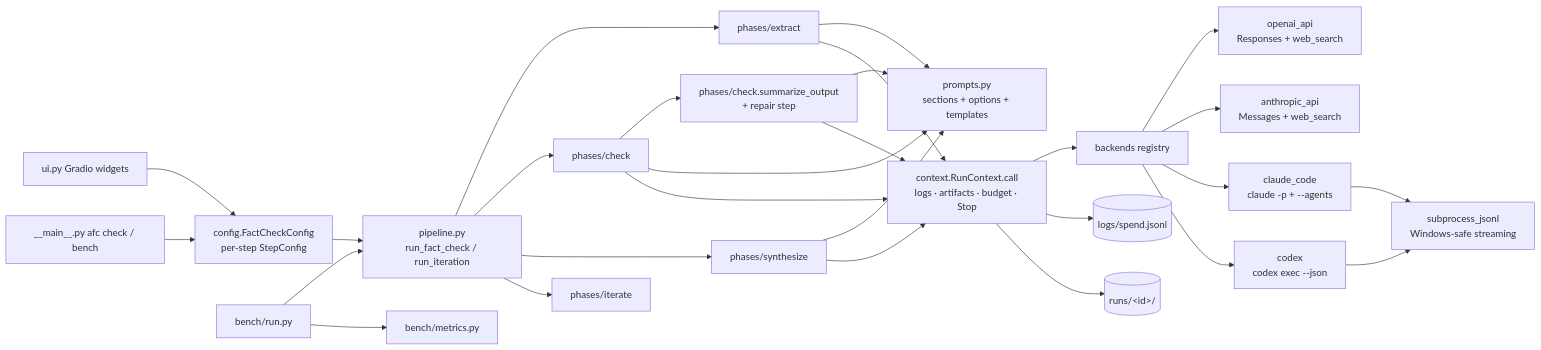
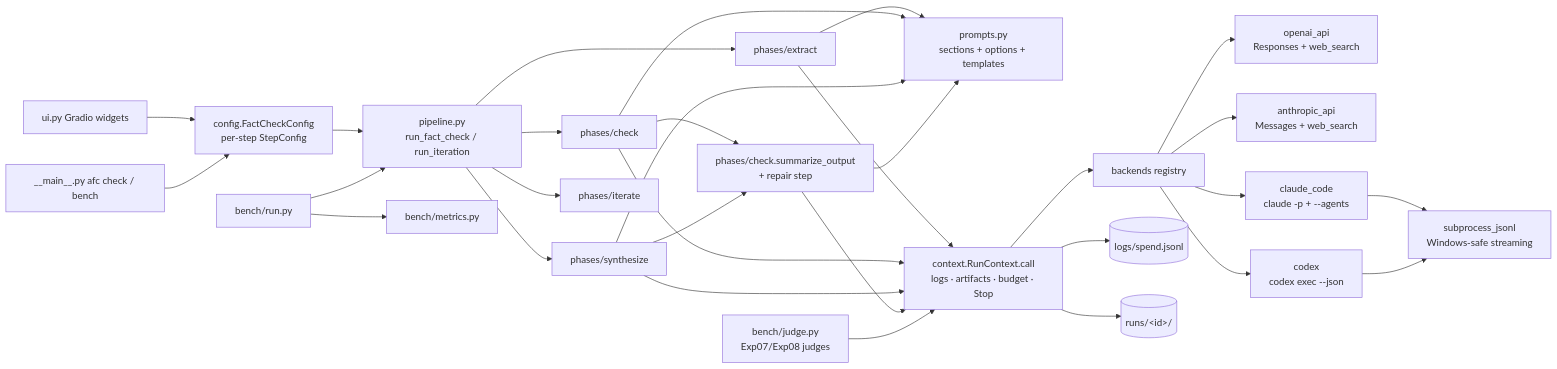
The diagram in README.md (BurnyCoder/auto-but-actually-fact-checker-evaluator), drawn with Mermaid before and after one commit. The commit also changed other lines of this file and 7 other files, not shown here.

````diff
--- a/README.md
+++ b/README.md
@@ -304,19 +308,20 @@
 ```mermaid
 flowchart LR
   UI[ui.py Gradio widgets] --> CFG[config.FactCheckConfig<br/>per-step StepConfig]
   CLI[__main__.py afc check / bench] --> CFG
   CFG --> PIPE[pipeline.py<br/>run_fact_check / run_iteration]
   PIPE --> EX[phases/extract] & CH[phases/check] & SY[phases/synthesize] & IT[phases/iterate]
-  CH --> RP[phases/check.summarize_output<br/>+ repair step]
+  CH & SY --> RP[phases/check.summarize_output<br/>+ repair step]
   EX & CH & SY & RP --> PR[prompts.py<br/>sections + options + templates]
   EX & CH & SY & RP --> CTX[context.RunContext.call<br/>logs · artifacts · budget · Stop]
+  JUDGE[bench/judge.py<br/>Exp07/Exp08 judges] --> CTX
   CTX --> REG[backends registry]
   REG --> OA[openai_api<br/>Responses + web_search]
   REG --> AA[anthropic_api<br/>Messages + web_search]
   REG --> CC[claude_code<br/>claude -p + --agents]
   REG --> CX[codex<br/>codex exec --json]
   CC & CX --> SUB[subprocess_jsonl<br/>Windows-safe streaming]
   CTX --> LED[(logs/spend.jsonl)] & RUNS[(runs/&lt;id&gt;/)]
   BENCH[bench/run.py] --> PIPE
   BENCH --> MET[bench/metrics.py]
 ```
````
